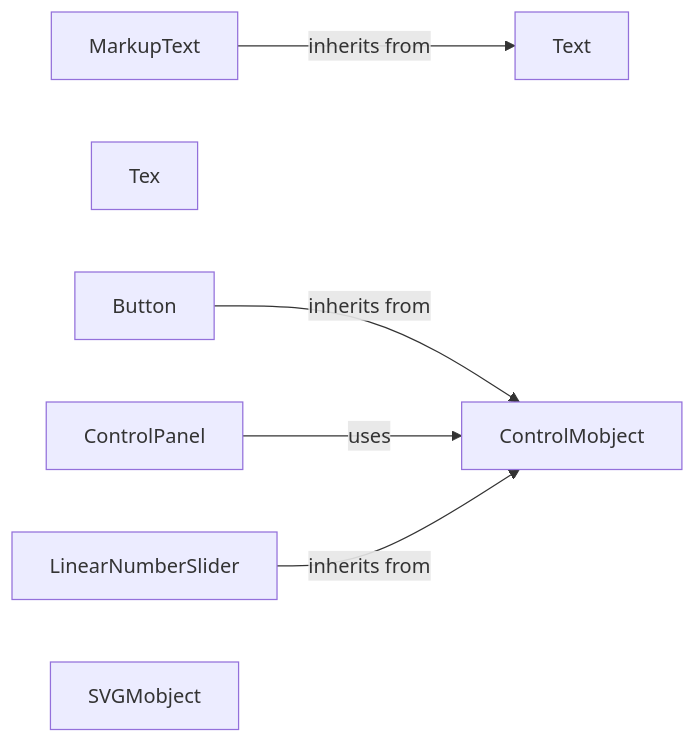
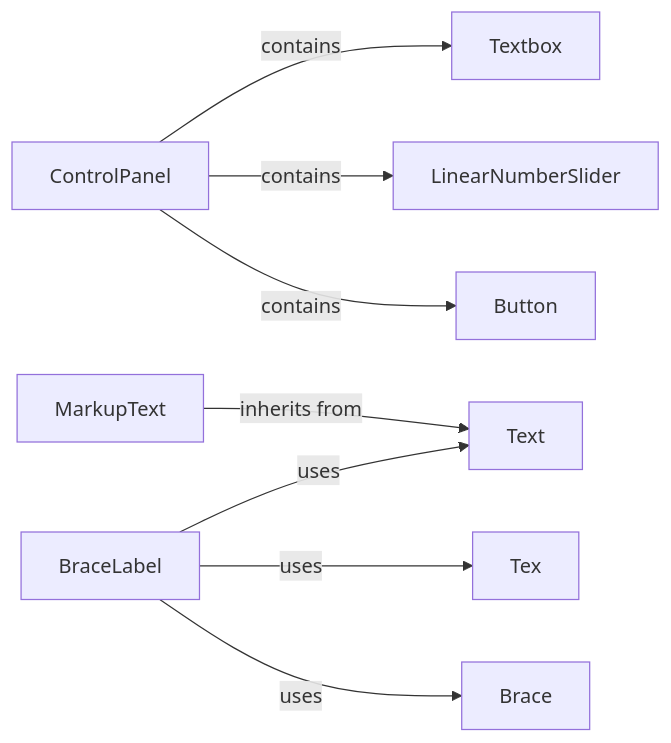
Before and after one commit to CodeBoarding/GeneratedOnBoardings: the diagram in manim/Text and Interactive Elements.md, drawn with Mermaid. The commit also changed other lines of this file and 7 other files, not shown here.

````diff
--- a/manim/Text and Interactive Elements.md
+++ b/manim/Text and Interactive Elements.md
@@ -1,15 +1,19 @@
 ```mermaid
 graph LR
     Text["Text"]
     MarkupText["MarkupText"]
     Tex["Tex"]
     Button["Button"]
     LinearNumberSlider["LinearNumberSlider"]
+    Textbox["Textbox"]
     ControlPanel["ControlPanel"]
-    ControlMobject["ControlMobject"]
-    SVGMobject["SVGMobject"]
+    Brace["Brace"]
+    BraceLabel["BraceLabel"]
     MarkupText -- "inherits from" --> Text
-    Button -- "inherits from" --> ControlMobject
-    ControlPanel -- "uses" --> ControlMobject
-    LinearNumberSlider -- "inherits from" --> ControlMobject
+    ControlPanel -- "contains" --> Button
+    ControlPanel -- "contains" --> LinearNumberSlider
+    ControlPanel -- "contains" --> Textbox
+    BraceLabel -- "uses" --> Brace
+    BraceLabel -- "uses" --> Tex
+    BraceLabel -- "uses" --> Text
 ```
````
